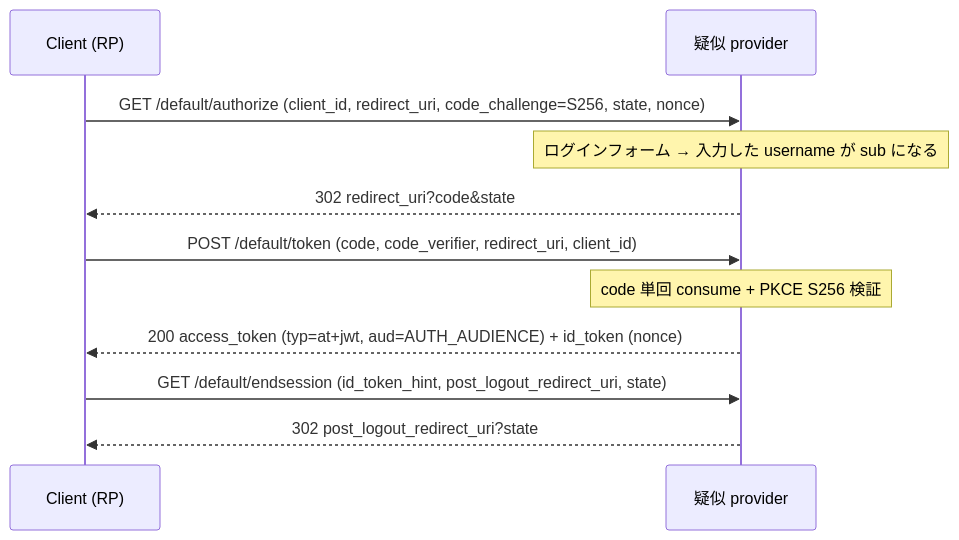
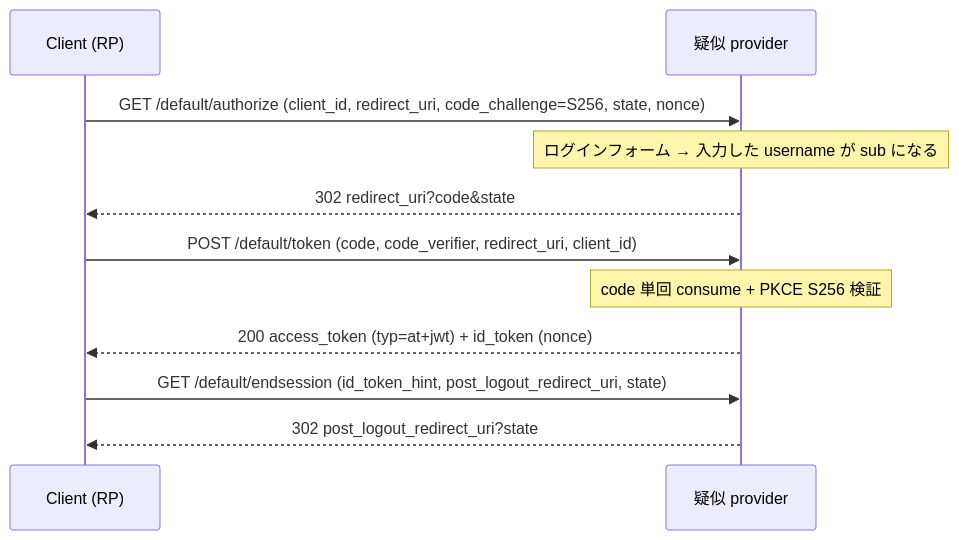
Before and after one commit to Tomy-ch/go-boilerplate: the third of 3 diagrams in docs/design/auth.ja.md, drawn with Mermaid. The commit also changed other lines of this file and 4 other files, not shown here.

````diff
--- a/docs/design/auth.ja.md
+++ b/docs/design/auth.ja.md
@@ -123,13 +123,13 @@
 ```mermaid
 sequenceDiagram
     participant C as Client (RP)
     participant M as 疑似 provider
     C->>M: GET /default/authorize (client_id, redirect_uri, code_challenge=S256, state, nonce)
     Note over M: ログインフォーム → 入力した username が sub になる
     M-->>C: 302 redirect_uri?code&state
     C->>M: POST /default/token (code, code_verifier, redirect_uri, client_id)
     Note over M: code 単回 consume + PKCE S256 検証
-    M-->>C: 200 access_token (typ=at+jwt, aud=AUTH_AUDIENCE) + id_token (nonce)
+    M-->>C: 200 access_token (typ=at+jwt) + id_token (nonce)
     C->>M: GET /default/endsession (id_token_hint, post_logout_redirect_uri, state)
     M-->>C: 302 post_logout_redirect_uri?state
 ```
````
